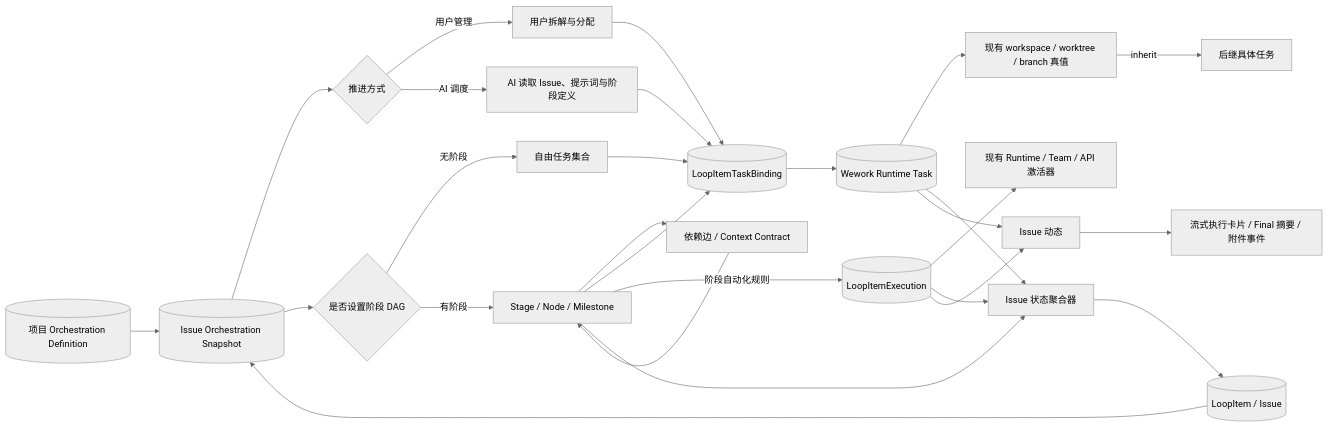
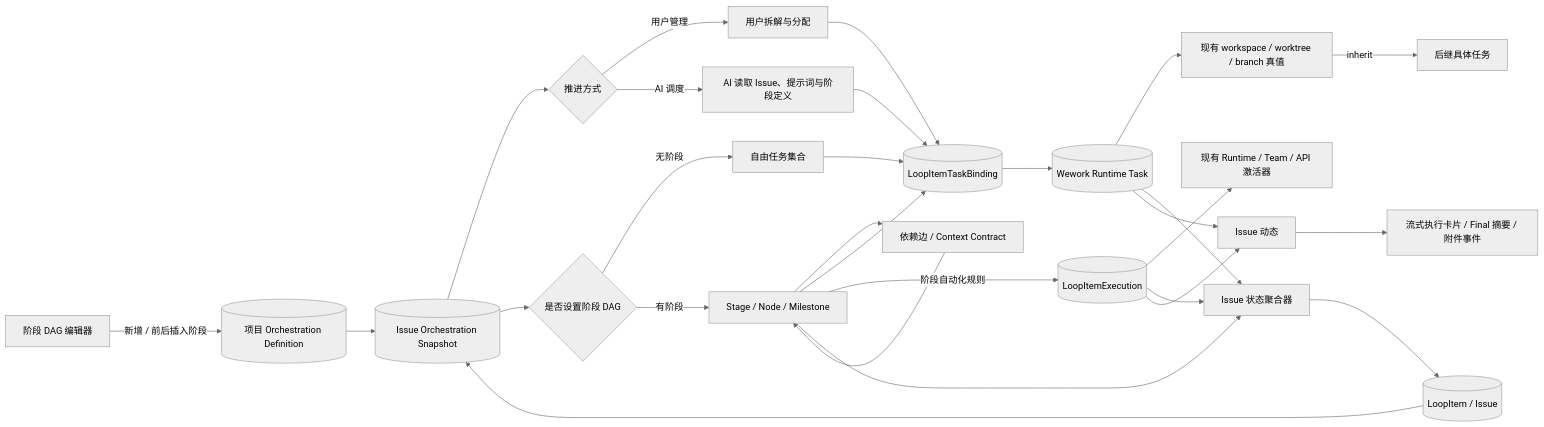
Before and after one commit to wecode-ai/Wegent: the first of 2 diagrams in docs/zh/architecture/issue-task-workflow.md, drawn with Mermaid (neutral theme). The commit also changed other lines of this file and 8 other files, not shown here.

````diff
--- a/docs/zh/architecture/issue-task-workflow.md
+++ b/docs/zh/architecture/issue-task-workflow.md
@@ -9,29 +9,30 @@
 ```mermaid
 flowchart LR
-    TEMPLATE[(项目 Orchestration Definition)] --> SNAPSHOT[(Issue Orchestration Snapshot)]
+    EDITOR[阶段 DAG 编辑器] -->|新增 / 前后插入阶段| TEMPLATE[(项目 Orchestration Definition)]
+    TEMPLATE --> SNAPSHOT[(Issue Orchestration Snapshot)]
     ISSUE[(LoopItem / Issue)] --> SNAPSHOT
     SNAPSHOT --> MODE{推进方式}
     MODE -->|用户管理| HUMAN[用户拆解与分配]
     MODE -->|AI 调度| AI[AI 读取 Issue、提示词与阶段定义]
     SNAPSHOT --> GRAPH{是否设置阶段 DAG}
     GRAPH -->|无阶段| FREE[自由任务集合]
     GRAPH -->|有阶段| STAGE[Stage / Node / Milestone]
     STAGE --> EDGE[依赖边 / Context Contract]
     EDGE --> STAGE
     HUMAN --> BINDING[(LoopItemTaskBinding)]
     AI --> BINDING
     FREE --> BINDING
     STAGE --> BINDING
     BINDING --> TASK[(Wework Runtime Task)]
     STAGE -->|阶段自动化规则| EXEC[(LoopItemExecution)]
     EXEC --> RUNTIME[现有 Runtime / Team / API 激活器]
     TASK --> WORKSPACE[现有 workspace / worktree / branch 真值]
     WORKSPACE -->|inherit| NEXT[后继具体任务]
     TASK --> AGGREGATE[Issue 状态聚合器]
     EXEC --> AGGREGATE
     STAGE --> AGGREGATE
     AGGREGATE --> ISSUE
     TASK --> ACTIVITY[Issue 动态]
     EXEC --> ACTIVITY
     ACTIVITY --> STREAM[流式执行卡片 / Final 摘要 / 附件事件]
 ```
````
